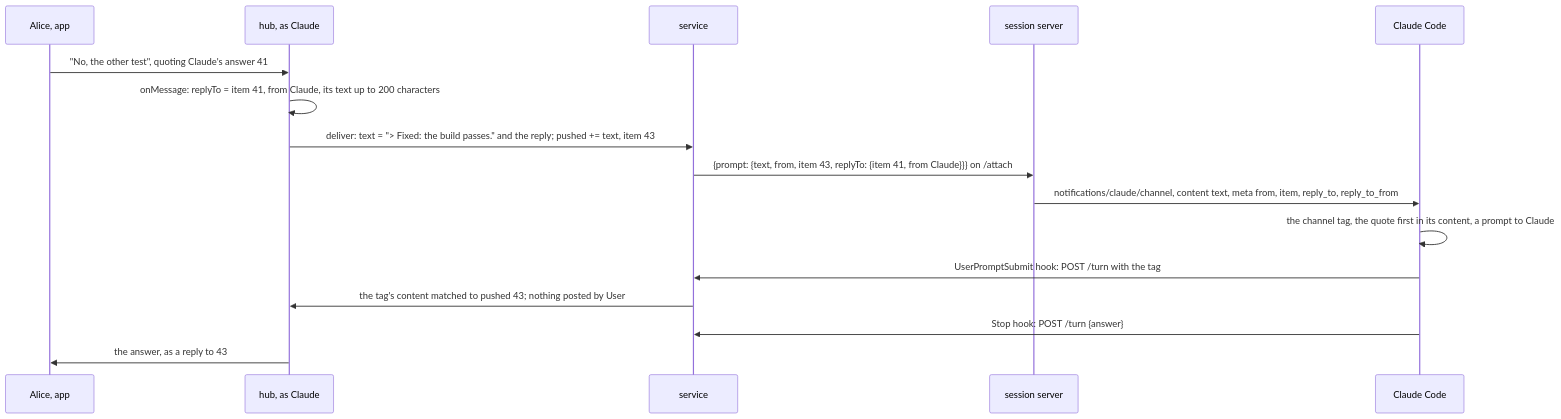
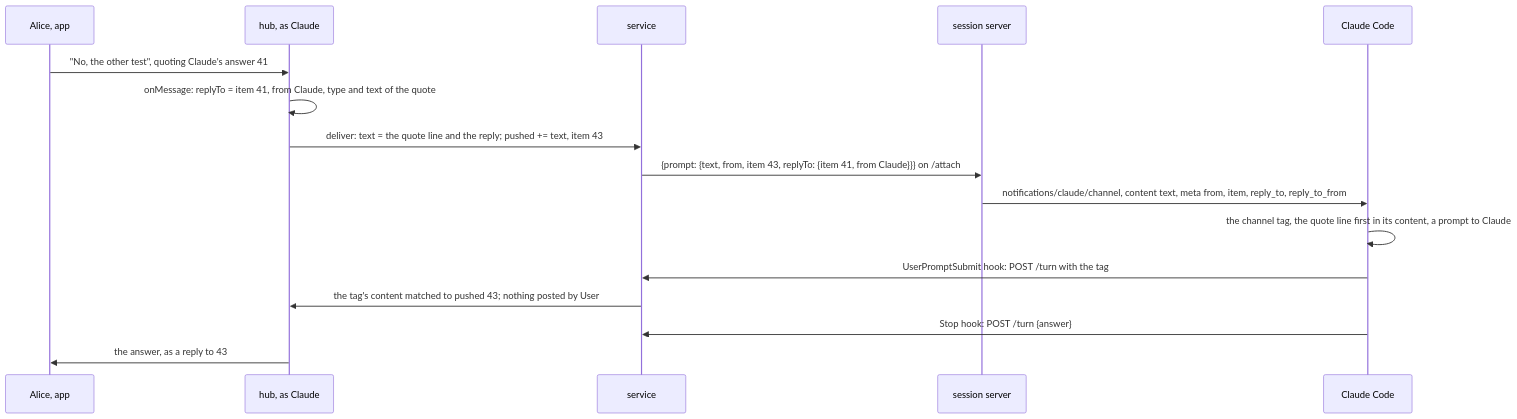
The first of 2 diagrams in plans/2026-11-12-mcp-replies.md (simplex-chat/simplex-chat), drawn with Mermaid before and after one commit. The commit also changed other lines of this file, not shown here.

Commit message:
plan: mcp-replies, one quote line of 200 characters with media type

````diff
--- a/plans/2026-11-12-mcp-replies.md
+++ b/plans/2026-11-12-mcp-replies.md
@@ -116,18 +123,18 @@
 ```mermaid
 sequenceDiagram
   participant A as Alice, app
   participant H as hub, as Claude
   participant D as service
   participant S as session server
   participant C as Claude Code
   A->>H: "No, the other test", quoting Claude's answer 41
-  H->>H: onMessage: replyTo = item 41, from Claude, its text up to 200 characters
-  H->>D: deliver: text = "> Fixed: the build passes." and the reply#59; pushed += text, item 43
+  H->>H: onMessage: replyTo = item 41, from Claude, type and text of the quote
+  H->>D: deliver: text = the quote line and the reply#59; pushed += text, item 43
   D->>S: {prompt: {text, from, item 43, replyTo: {item 41, from Claude}}} on /attach
   S->>C: notifications/claude/channel, content text, meta from, item, reply_to, reply_to_from
-  C->>C: the channel tag, the quote first in its content, a prompt to Claude
+  C->>C: the channel tag, the quote line first in its content, a prompt to Claude
   C->>D: UserPromptSubmit hook: POST /turn with the tag
   D->>H: the tag's content matched to pushed 43#59; nothing posted by User
   C->>D: Stop hook: POST /turn {answer}
   H->>A: the answer, as a reply to 43
 ```
````
